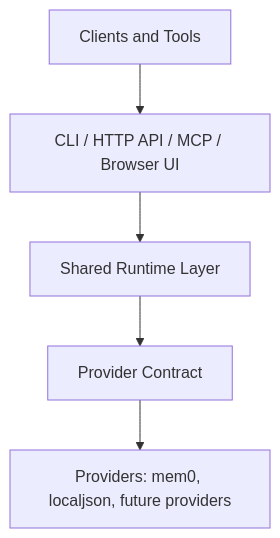
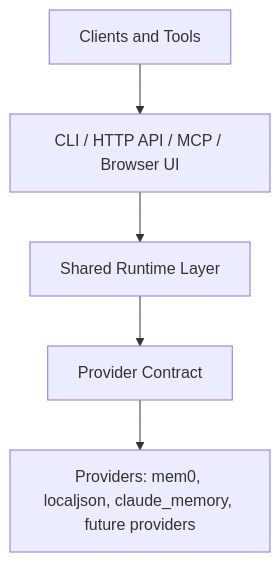
The diagram in README.md (AndrewMoryakov/AgentMemory), drawn with Mermaid before and after one commit. The commit also changed other lines of this file and 5 other files, not shown here.

Commit message:
Add Claude Memory provider

````diff
--- a/README.md
+++ b/README.md
@@ -188,7 +188,7 @@
 ```mermaid
 flowchart TD
     A["Clients and Tools"] --> B["CLI / HTTP API / MCP / Browser UI"]
     B --> C["Shared Runtime Layer"]
     C --> D["Provider Contract"]
-    D --> E["Providers: mem0, localjson, future providers"]
+    D --> E["Providers: mem0, localjson, claude_memory, future providers"]
 ```
````
